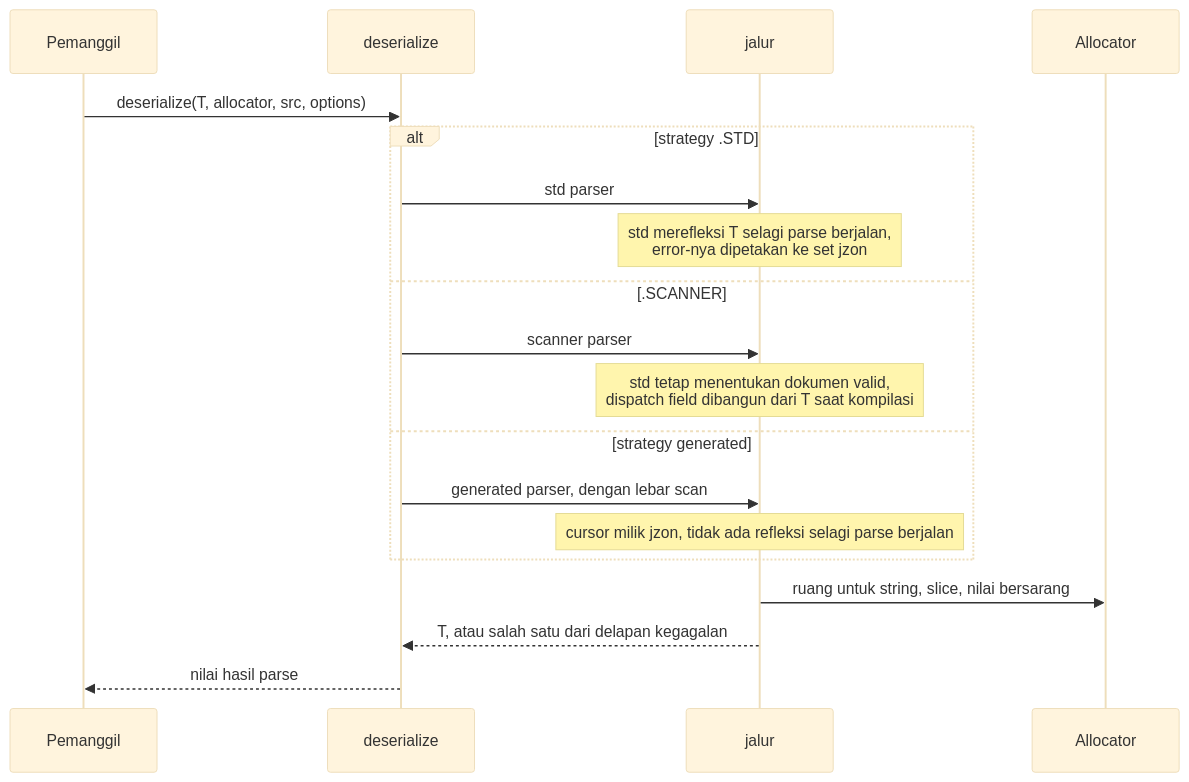
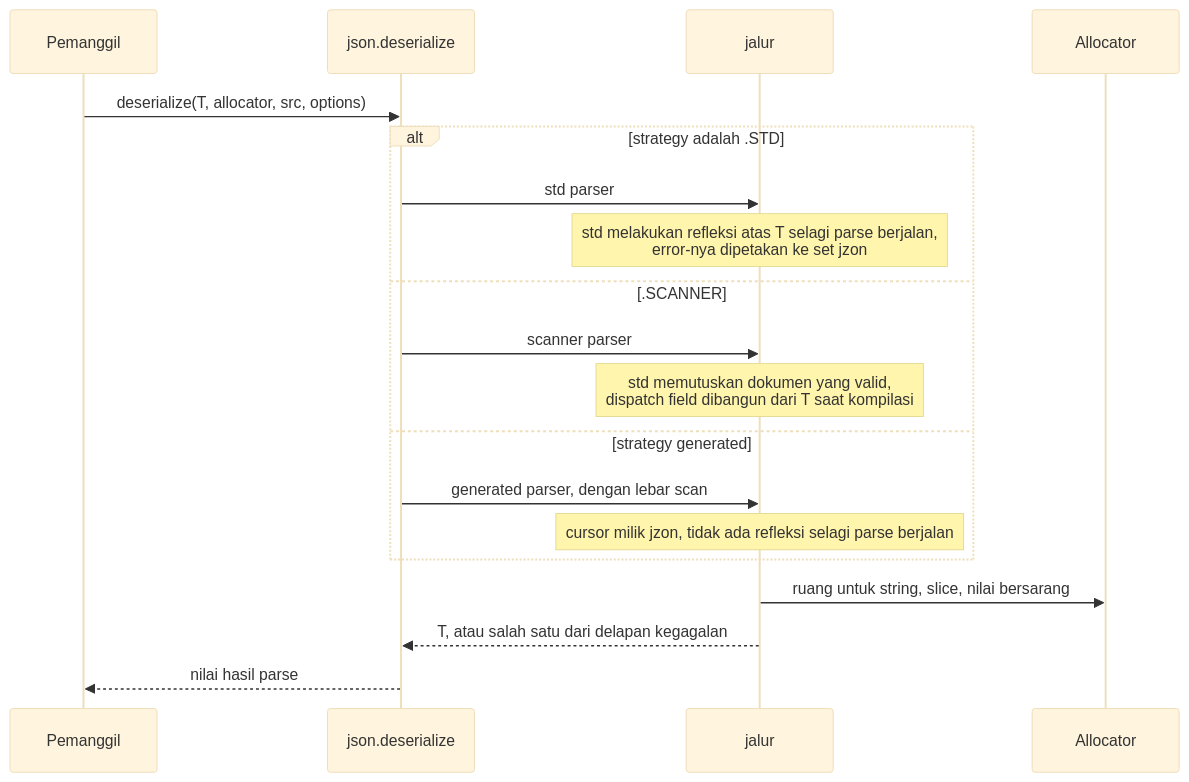
Before and after one commit to prothegee/zix: the third of 4 diagrams in src/jzon/docs/hld-id.md, drawn with Mermaid (base theme). The commit also changed other lines of this file, not shown here.

First line of the commit message:
add the ZON layer to the jzon hld

````diff
--- a/src/jzon/docs/hld-id.md
+++ b/src/jzon/docs/hld-id.md
@@ -107,21 +126,21 @@
 ```mermaid
 sequenceDiagram
     participant C as Pemanggil
-    participant D as deserialize
+    participant D as json.deserialize
     participant P as jalur
     participant A as Allocator
     C->>D: deserialize(T, allocator, src, options)
-    alt strategy .STD
+    alt strategy adalah .STD
         D->>P: std parser
-        Note over P: std merefleksi T selagi parse berjalan,<br/>error-nya dipetakan ke set jzon
+        Note over P: std melakukan refleksi atas T selagi parse berjalan,<br/>error-nya dipetakan ke set jzon
     else .SCANNER
         D->>P: scanner parser
-        Note over P: std tetap menentukan dokumen valid,<br/>dispatch field dibangun dari T saat kompilasi
+        Note over P: std memutuskan dokumen yang valid,<br/>dispatch field dibangun dari T saat kompilasi
     else strategy generated
         D->>P: generated parser, dengan lebar scan
         Note over P: cursor milik jzon, tidak ada refleksi selagi parse berjalan
     end
     P->>A: ruang untuk string, slice, nilai bersarang
     P-->>D: T, atau salah satu dari delapan kegagalan
     D-->>C: nilai hasil parse
 ```
````
